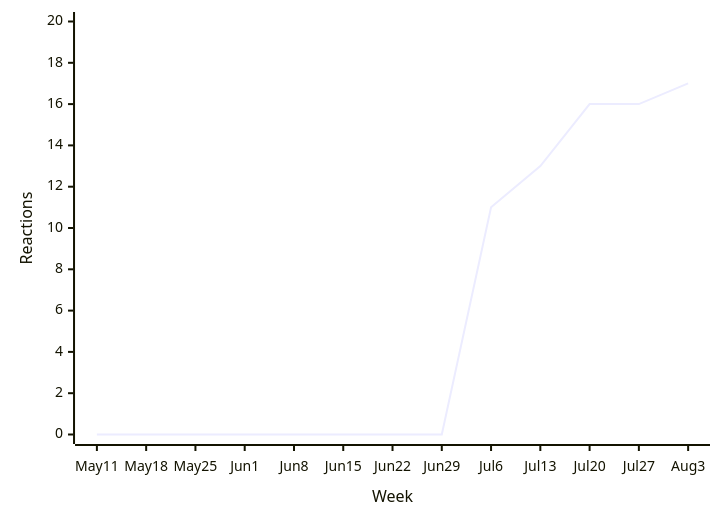
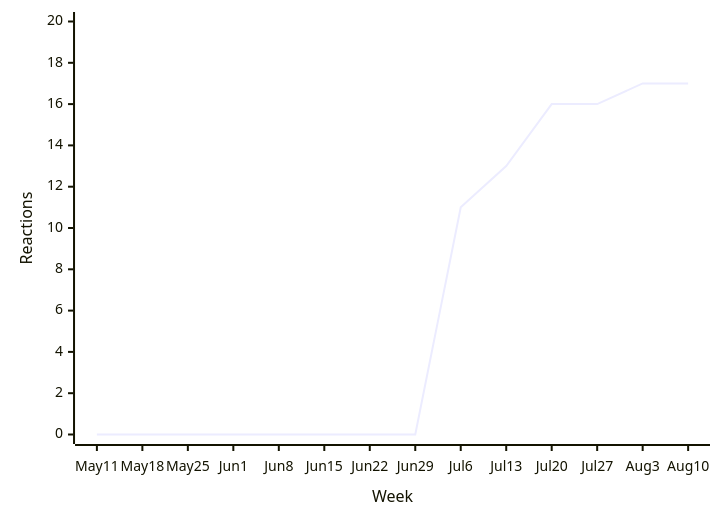
One commit to loic-sharma/github-insights changed the tenth of 43 diagrams in README.md. Above: the diagram before and after it, drawn with Mermaid. The commit also changed other lines of this file and 3 other files, not shown here.

````diff
--- a/README.md
+++ b/README.md
@@ -492,6 +492,6 @@
   ```mermaid
   xychart-beta
-    x-axis "Week" [May 11, May 18, May 25, Jun 1, Jun 8, Jun 15, Jun 22, Jun 29, Jul 6, Jul 13, Jul 20, Jul 27, Aug 3]
+    x-axis "Week" [May 11, May 18, May 25, Jun 1, Jun 8, Jun 15, Jun 22, Jun 29, Jul 6, Jul 13, Jul 20, Jul 27, Aug 3, Aug 10]
     y-axis "Reactions" 0 --> 20
-    line [0, 0, 0, 0, 0, 0, 0, 0, 11, 13, 16, 16, 17]
+    line [0, 0, 0, 0, 0, 0, 0, 0, 11, 13, 16, 16, 17, 17]
   ```
````
